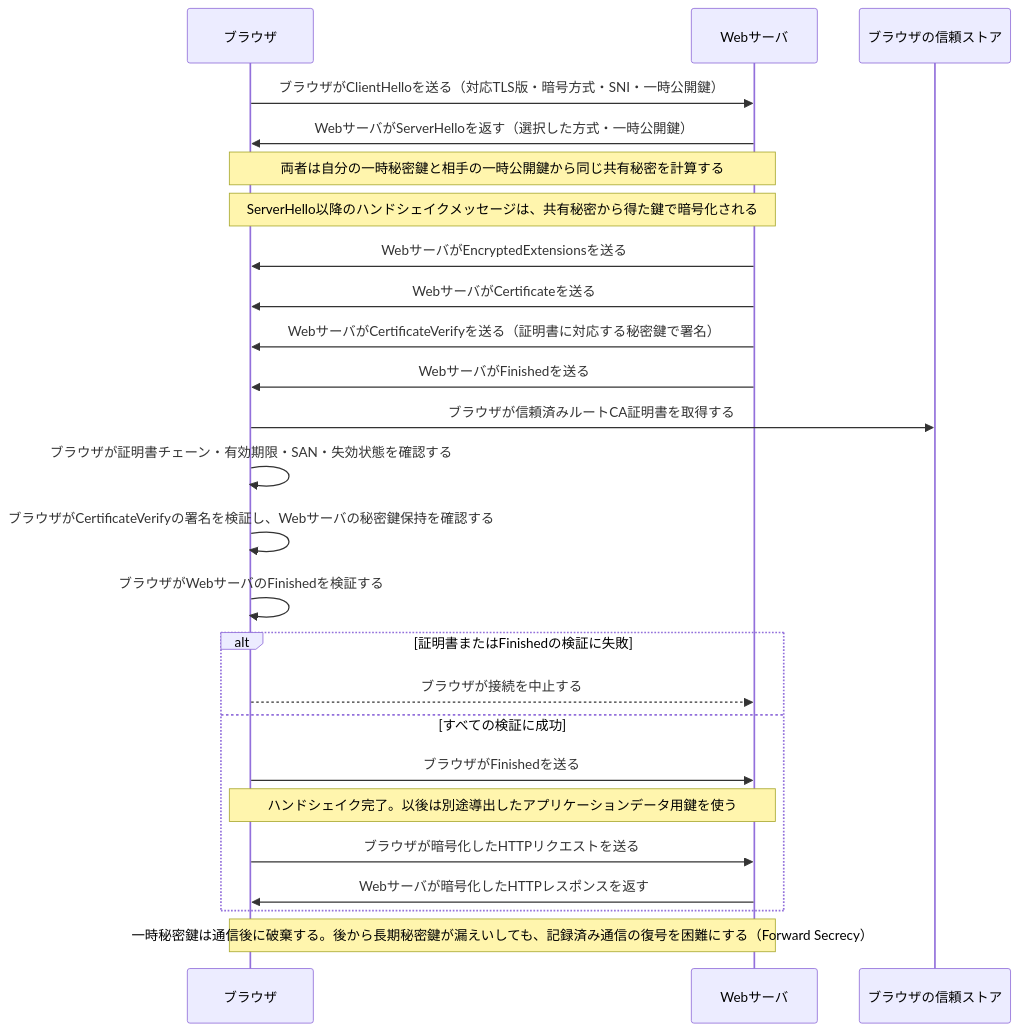
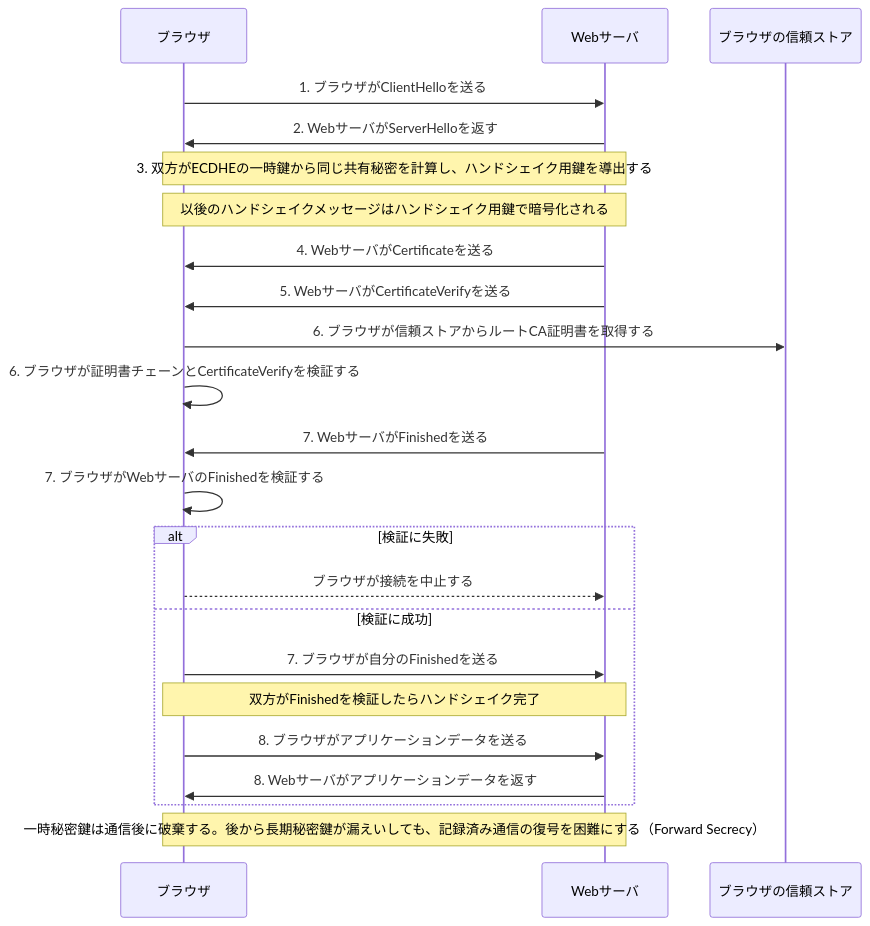
One commit to ShuntaSakai/security-specialist-study changed the diagram in 復習用/TLS1.3ハンドシェイク.md. Above: the diagram before and after it, drawn with Mermaid. The commit also changed other lines of this file, not shown here.

Commit message:
docs: TLS 1.3ハンドシェイクの各段階を詳説

````diff
--- a/復習用/TLS1.3ハンドシェイク.md
+++ b/復習用/TLS1.3ハンドシェイク.md
@@ -5,32 +5,29 @@
 ```mermaid
 sequenceDiagram
     participant Browser as ブラウザ
     participant Server as Webサーバ
     participant Store as ブラウザの信頼ストア
 
-    Browser->>Server: ブラウザがClientHelloを送る（対応TLS版・暗号方式・SNI・一時公開鍵）
-    Server->>Browser: WebサーバがServerHelloを返す（選択した方式・一時公開鍵）
-    Note over Browser,Server: 両者は自分の一時秘密鍵と相手の一時公開鍵から同じ共有秘密を計算する
-    Note over Browser,Server: ServerHello以降のハンドシェイクメッセージは、共有秘密から得た鍵で暗号化される
+    Browser->>Server: 1. ブラウザがClientHelloを送る
+    Server->>Browser: 2. WebサーバがServerHelloを返す
+    Note over Browser,Server: 3. 双方がECDHEの一時鍵から同じ共有秘密を計算し、ハンドシェイク用鍵を導出する
+    Note over Browser,Server: 以後のハンドシェイクメッセージはハンドシェイク用鍵で暗号化される
 
-    Server->>Browser: WebサーバがEncryptedExtensionsを送る
-    Server->>Browser: WebサーバがCertificateを送る
-    Server->>Browser: WebサーバがCertificateVerifyを送る（証明書に対応する秘密鍵で署名）
-    Server->>Browser: WebサーバがFinishedを送る
+    Server->>Browser: 4. WebサーバがCertificateを送る
+    Server->>Browser: 5. WebサーバがCertificateVerifyを送る
+    Browser->>Store: 6. ブラウザが信頼ストアからルートCA証明書を取得する
+    Browser->>Browser: 6. ブラウザが証明書チェーンとCertificateVerifyを検証する
+    Server->>Browser: 7. WebサーバがFinishedを送る
+    Browser->>Browser: 7. ブラウザがWebサーバのFinishedを検証する
 
-    Browser->>Store: ブラウザが信頼済みルートCA証明書を取得する
-    Browser->>Browser: ブラウザが証明書チェーン・有効期限・SAN・失効状態を確認する
-    Browser->>Browser: ブラウザがCertificateVerifyの署名を検証し、Webサーバの秘密鍵保持を確認する
-    Browser->>Browser: ブラウザがWebサーバのFinishedを検証する
-
-    alt 証明書またはFinishedの検証に失敗
+    alt 検証に失敗
         Browser-->>Server: ブラウザが接続を中止する
-    else すべての検証に成功
-        Browser->>Server: ブラウザがFinishedを送る
-        Note over Browser,Server: ハンドシェイク完了。以後は別途導出したアプリケーションデータ用鍵を使う
-        Browser->>Server: ブラウザが暗号化したHTTPリクエストを送る
-        Server->>Browser: Webサーバが暗号化したHTTPレスポンスを返す
+    else 検証に成功
+        Browser->>Server: 7. ブラウザが自分のFinishedを送る
+        Note over Browser,Server: 双方がFinishedを検証したらハンドシェイク完了
+        Browser->>Server: 8. ブラウザがアプリケーションデータを送る
+        Server->>Browser: 8. Webサーバがアプリケーションデータを返す
     end
 
     Note over Browser,Server: 一時秘密鍵は通信後に破棄する。後から長期秘密鍵が漏えいしても、記録済み通信の復号を困難にする（Forward Secrecy）
 ```
````
